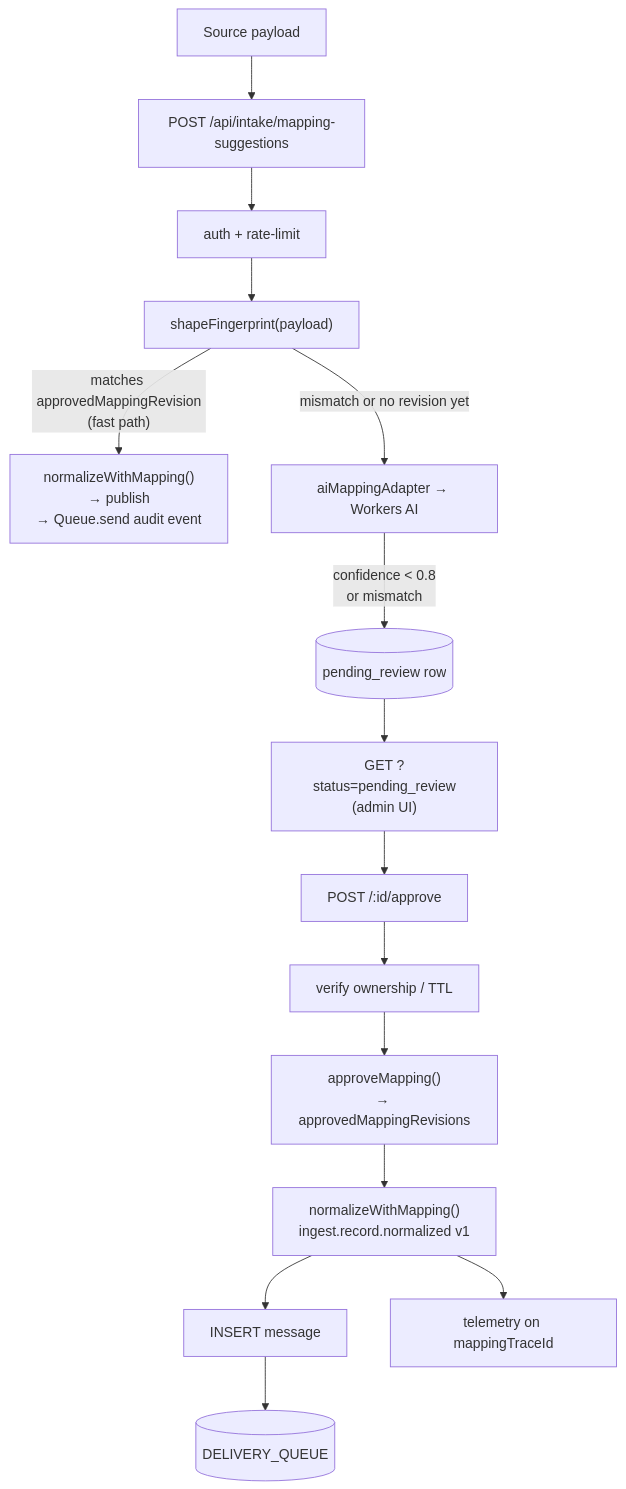
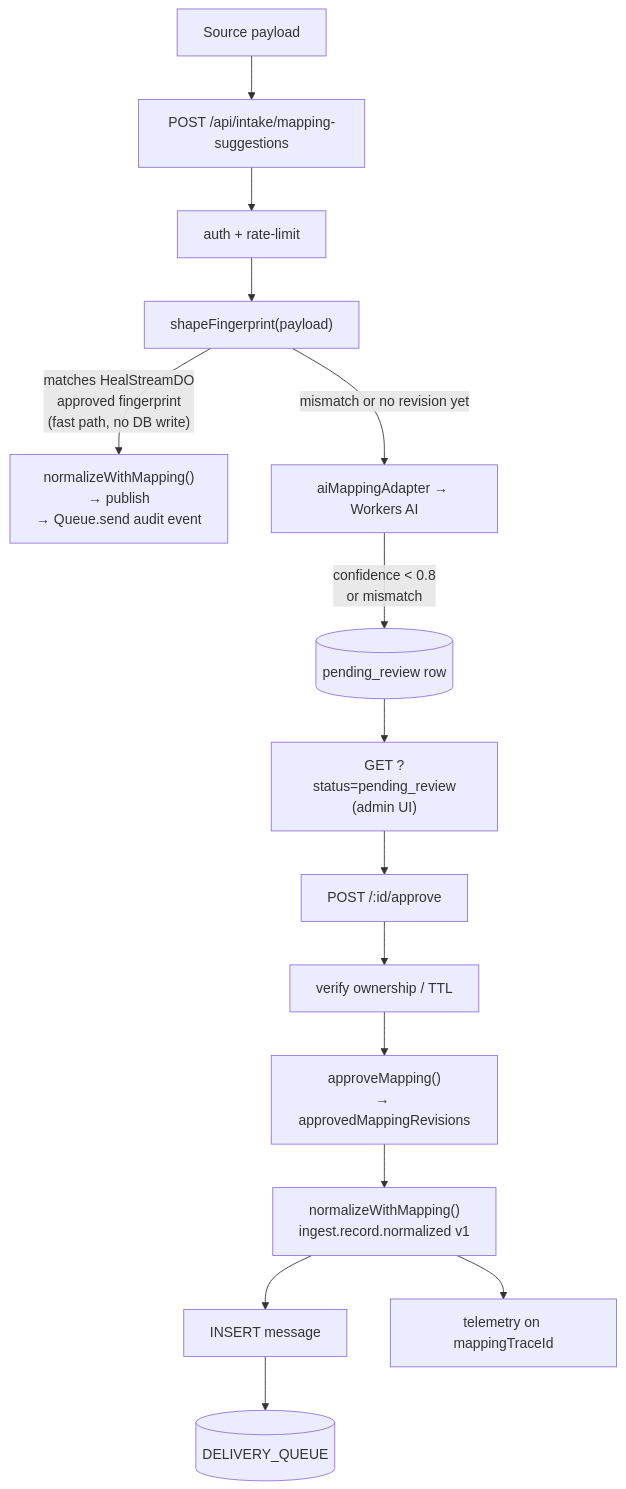
The first of 4 diagrams in docs/architecture.md (ozby/ingest-lens), drawn with Mermaid before and after one commit. The commit also changed other lines of this file and 2 other files, not shown here.

First line of the commit message:
docs(arch): fact-check and sync mermaid diagrams to current implementation

````diff
--- a/docs/architecture.md
+++ b/docs/architecture.md
@@ -70,16 +87,16 @@
 ```mermaid
 flowchart TD
   P[Source payload] --> S["POST /api/intake/mapping-suggestions"]
   S --> AUTH[auth + rate-limit]
   AUTH --> SFP["shapeFingerprint(payload)"]
-  SFP -->|"matches approvedMappingRevision<br/>(fast path)"| FAST["normalizeWithMapping()<br/>→ publish<br/>→ Queue.send audit event"]
+  SFP -->|"matches HealStreamDO<br/>approved fingerprint<br/>(fast path, no DB write)"| FAST["normalizeWithMapping()<br/>→ publish<br/>→ Queue.send audit event"]
   SFP -->|"mismatch or no revision yet"| ADP["aiMappingAdapter → Workers AI"]
   ADP -->|"confidence < 0.8<br/>or mismatch"| PR[(pending_review row)]
   PR --> REV["GET ?status=pending_review<br/>(admin UI)"]
   REV --> APR["POST /:id/approve"]
   APR --> OWN[verify ownership / TTL]
   OWN --> REVN["approveMapping()<br/>→ approvedMappingRevisions"]
   REVN --> NORM["normalizeWithMapping()<br/>ingest.record.normalized v1"]
   NORM --> MSG[INSERT message] --> DQ[(DELIVERY_QUEUE)]
   NORM --> TEL[telemetry on mappingTraceId]
 ```
````
